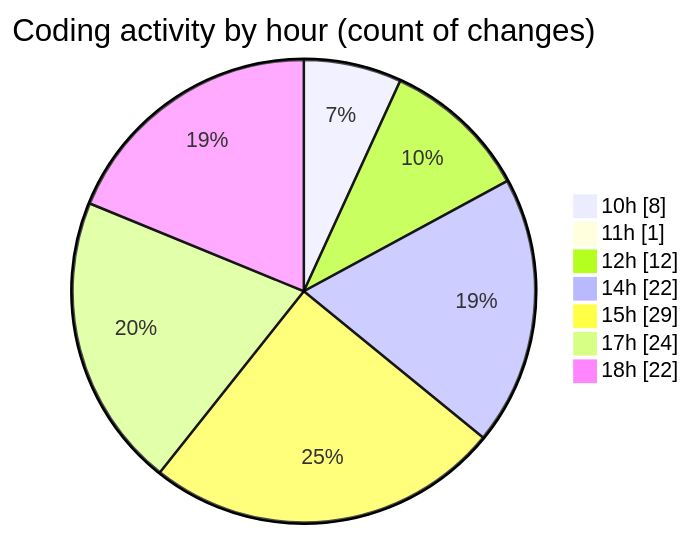
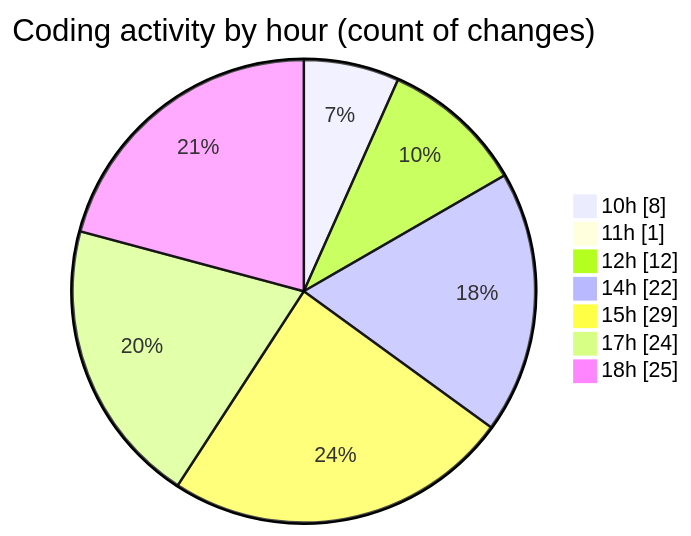
One commit to momahboobian/code-tracking changed the second of 2 diagrams in 2025-07-31/cda/README.md. Above: the diagram before and after it, drawn with Mermaid. The commit also changed other lines of this file and 1 other file, not shown here.

````diff
--- a/2025-07-31/cda/README.md
+++ b/2025-07-31/cda/README.md
@@ -39,11 +40,11 @@
 ```mermaid
 pie showData
 title Coding activity by hour (count of changes)
 "10h" : 8
 "11h" : 1
 "12h" : 12
 "14h" : 22
 "15h" : 29
 "17h" : 24
-"18h" : 22
+"18h" : 25
 ```
````
